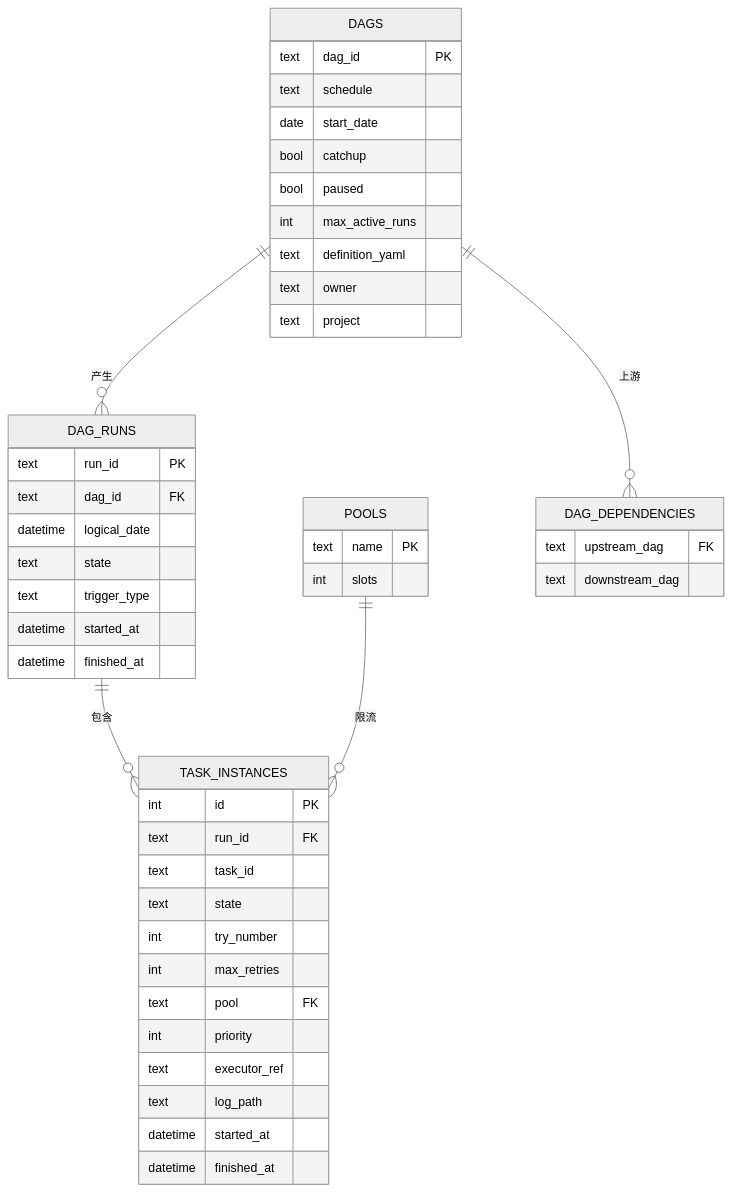
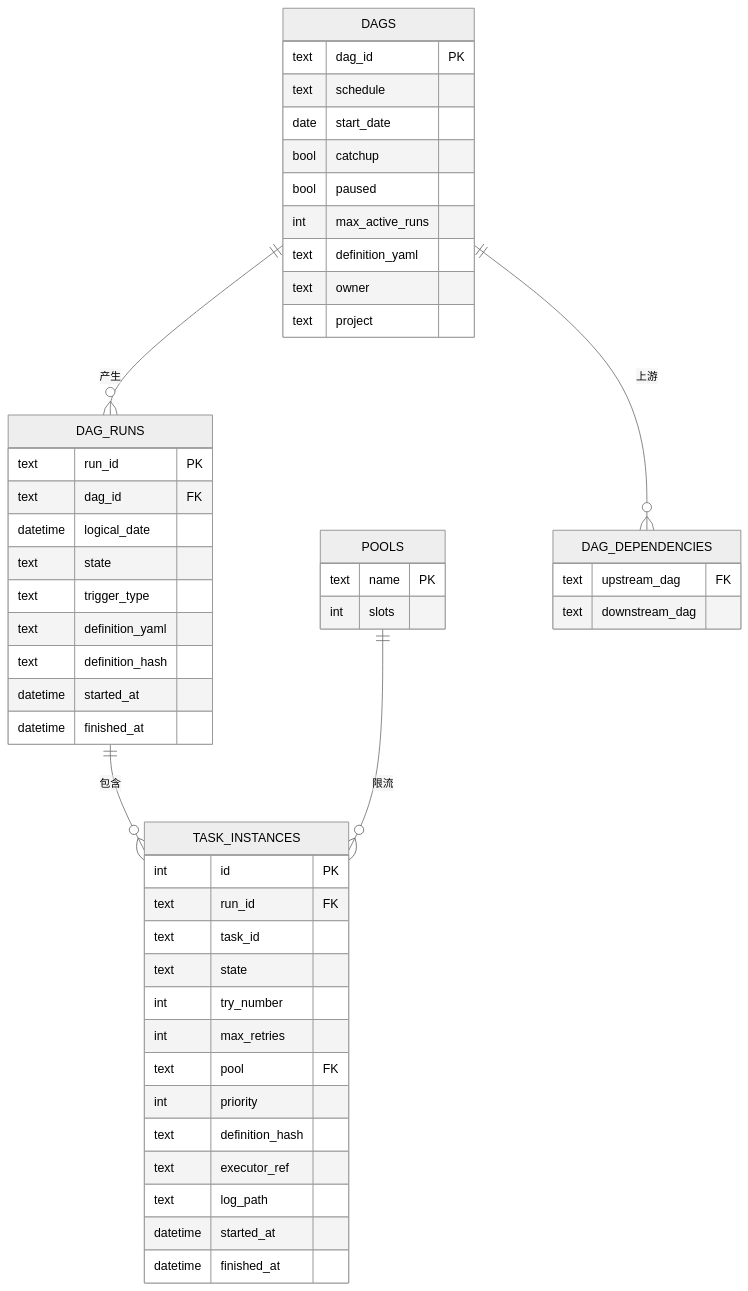
The second of 10 diagrams in docs/ARCHITECTURE.md (zoyluoblue/cronova), drawn with Mermaid (neutral theme) before and after one commit. The commit also changed other lines of this file and 76 other files, not shown here.

````diff
--- a/docs/ARCHITECTURE.md
+++ b/docs/ARCHITECTURE.md
@@ -189,50 +189,53 @@
 ```mermaid
 erDiagram
     DAGS ||--o{ DAG_RUNS : "产生"
     DAG_RUNS ||--o{ TASK_INSTANCES : "包含"
     POOLS ||--o{ TASK_INSTANCES : "限流"
     DAGS ||--o{ DAG_DEPENDENCIES : "上游"
 
     DAGS {
         text dag_id PK
         text schedule
         date start_date
         bool catchup
         bool paused
         int max_active_runs
         text definition_yaml
         text owner
         text project
     }
     DAG_RUNS {
         text run_id PK
         text dag_id FK
         datetime logical_date
         text state
         text trigger_type
+        text definition_yaml
+        text definition_hash
         datetime started_at
         datetime finished_at
     }
     TASK_INSTANCES {
         int id PK
         text run_id FK
         text task_id
         text state
         int try_number
         int max_retries
         text pool FK
         int priority
+        text definition_hash
         text executor_ref
         text log_path
         datetime started_at
         datetime finished_at
     }
     POOLS {
         text name PK
         int slots
     }
     DAG_DEPENDENCIES {
         text upstream_dag FK
         text downstream_dag
     }
 ```
````
